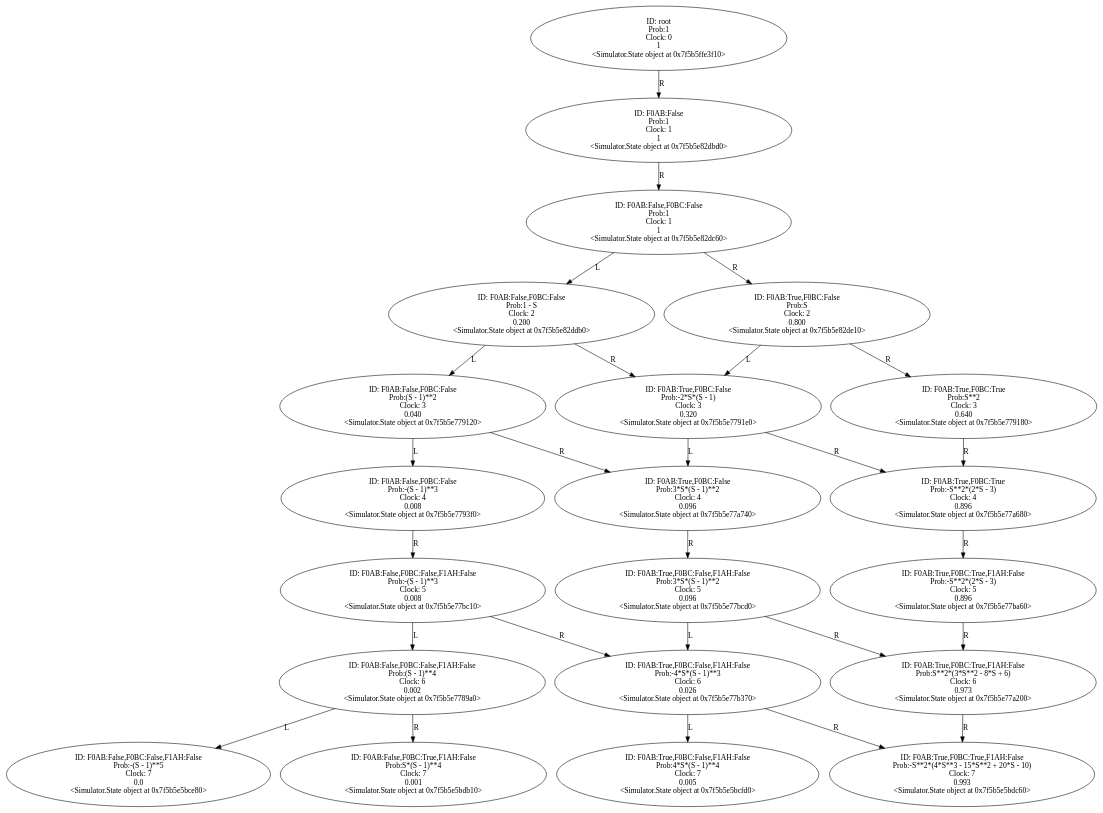
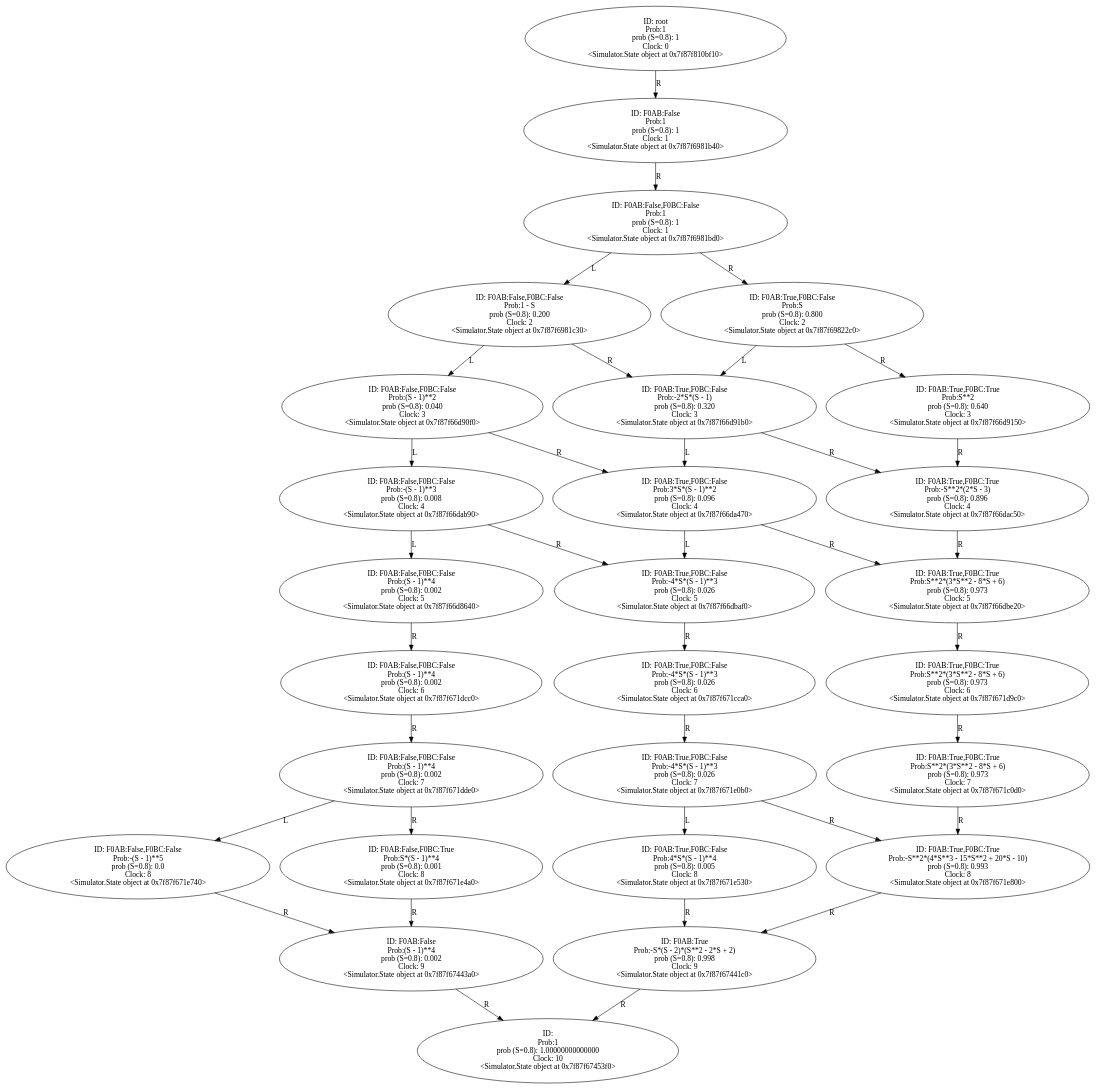
The diagram in Output/Digraph.gv (YasinBoloorchi/WARP-Simulator), drawn with Graphviz before and after one commit. The commit also changed 4 other files, not shown here.

```diff
--- a/Output/Digraph.gv
+++ b/Output/Digraph.gv
@@ -1,133 +1,172 @@
 digraph "./Output/Digraph" {
-	<Simulator.State object at 0x7f5b5ffe3f10> [label="ID: root
+	<Simulator.State object at 0x7f87f810bf10> [label="ID: root
 Prob:1
+prob (S=0.8): 1
 Clock: 0
-1
-<Simulator.State object at 0x7f5b5ffe3f10>"]
-	<Simulator.State object at 0x7f5b5ffe3f10> -> <Simulator.State object at 0x7f5b5e82dbd0> [label=R]
-	<Simulator.State object at 0x7f5b5e82dbd0> [label="ID: F0AB:False
+<Simulator.State object at 0x7f87f810bf10>"]
+	<Simulator.State object at 0x7f87f810bf10> -> <Simulator.State object at 0x7f87f6981b40> [label=R]
+	<Simulator.State object at 0x7f87f6981b40> [label="ID: F0AB:False
 Prob:1
+prob (S=0.8): 1
 Clock: 1
-1
-<Simulator.State object at 0x7f5b5e82dbd0>"]
-	<Simulator.State object at 0x7f5b5e82dbd0> -> <Simulator.State object at 0x7f5b5e82dc60> [label=R]
-	<Simulator.State object at 0x7f5b5e82dc60> [label="ID: F0AB:False,F0BC:False
+<Simulator.State object at 0x7f87f6981b40>"]
+	<Simulator.State object at 0x7f87f6981b40> -> <Simulator.State object at 0x7f87f6981bd0> [label=R]
+	<Simulator.State object at 0x7f87f6981bd0> [label="ID: F0AB:False,F0BC:False
 Prob:1
+prob (S=0.8): 1
 Clock: 1
-1
-<Simulator.State object at 0x7f5b5e82dc60>"]
-	<Simulator.State object at 0x7f5b5e82dc60> -> <Simulator.State object at 0x7f5b5e82ddb0> [label=L]
-	<Simulator.State object at 0x7f5b5e82dc60> -> <Simulator.State object at 0x7f5b5e82de10> [label=R]
-	<Simulator.State object at 0x7f5b5e82ddb0> [label="ID: F0AB:False,F0BC:False
+<Simulator.State object at 0x7f87f6981bd0>"]
+	<Simulator.State object at 0x7f87f6981bd0> -> <Simulator.State object at 0x7f87f6981c30> [label=L]
+	<Simulator.State object at 0x7f87f6981bd0> -> <Simulator.State object at 0x7f87f69822c0> [label=R]
+	<Simulator.State object at 0x7f87f6981c30> [label="ID: F0AB:False,F0BC:False
 Prob:1 - S
+prob (S=0.8): 0.200
 Clock: 2
-0.200
-<Simulator.State object at 0x7f5b5e82ddb0>"]
-	<Simulator.State object at 0x7f5b5e82ddb0> -> <Simulator.State object at 0x7f5b5e779120> [label=L]
-	<Simulator.State object at 0x7f5b5e82ddb0> -> <Simulator.State object at 0x7f5b5e7791e0> [label=R]
-	<Simulator.State object at 0x7f5b5e82de10> [label="ID: F0AB:True,F0BC:False
+<Simulator.State object at 0x7f87f6981c30>"]
+	<Simulator.State object at 0x7f87f6981c30> -> <Simulator.State object at 0x7f87f66d90f0> [label=L]
+	<Simulator.State object at 0x7f87f6981c30> -> <Simulator.State object at 0x7f87f66d91b0> [label=R]
+	<Simulator.State object at 0x7f87f69822c0> [label="ID: F0AB:True,F0BC:False
 Prob:S
+prob (S=0.8): 0.800
 Clock: 2
-0.800
-<Simulator.State object at 0x7f5b5e82de10>"]
-	<Simulator.State object at 0x7f5b5e82de10> -> <Simulator.State object at 0x7f5b5e7791e0> [label=L]
-	<Simulator.State object at 0x7f5b5e82de10> -> <Simulator.State object at 0x7f5b5e779180> [label=R]
-	<Simulator.State object at 0x7f5b5e779120> [label="ID: F0AB:False,F0BC:False
+<Simulator.State object at 0x7f87f69822c0>"]
+	<Simulator.State object at 0x7f87f69822c0> -> <Simulator.State object at 0x7f87f66d91b0> [label=L]
+	<Simulator.State object at 0x7f87f69822c0> -> <Simulator.State object at 0x7f87f66d9150> [label=R]
+	<Simulator.State object at 0x7f87f66d90f0> [label="ID: F0AB:False,F0BC:False
 Prob:(S - 1)**2
+prob (S=0.8): 0.040
 Clock: 3
-0.040
-<Simulator.State object at 0x7f5b5e779120>"]
-	<Simulator.State object at 0x7f5b5e779120> -> <Simulator.State object at 0x7f5b5e7793f0> [label=L]
-	<Simulator.State object at 0x7f5b5e779120> -> <Simulator.State object at 0x7f5b5e77a740> [label=R]
-	<Simulator.State object at 0x7f5b5e7791e0> [label="ID: F0AB:True,F0BC:False
+<Simulator.State object at 0x7f87f66d90f0>"]
+	<Simulator.State object at 0x7f87f66d90f0> -> <Simulator.State object at 0x7f87f66dab90> [label=L]
+	<Simulator.State object at 0x7f87f66d90f0> -> <Simulator.State object at 0x7f87f66da470> [label=R]
+	<Simulator.State object at 0x7f87f66d91b0> [label="ID: F0AB:True,F0BC:False
 Prob:-2*S*(S - 1)
+prob (S=0.8): 0.320
 Clock: 3
-0.320
-<Simulator.State object at 0x7f5b5e7791e0>"]
-	<Simulator.State object at 0x7f5b5e7791e0> -> <Simulator.State object at 0x7f5b5e77a740> [label=L]
-	<Simulator.State object at 0x7f5b5e7791e0> -> <Simulator.State object at 0x7f5b5e77a680> [label=R]
-	<Simulator.State object at 0x7f5b5e779180> [label="ID: F0AB:True,F0BC:True
+<Simulator.State object at 0x7f87f66d91b0>"]
+	<Simulator.State object at 0x7f87f66d91b0> -> <Simulator.State object at 0x7f87f66da470> [label=L]
+	<Simulator.State object at 0x7f87f66d91b0> -> <Simulator.State object at 0x7f87f66dac50> [label=R]
+	<Simulator.State object at 0x7f87f66d9150> [label="ID: F0AB:True,F0BC:True
 Prob:S**2
+prob (S=0.8): 0.640
 Clock: 3
-0.640
-<Simulator.State object at 0x7f5b5e779180>"]
-	<Simulator.State object at 0x7f5b5e779180> -> <Simulator.State object at 0x7f5b5e77a680> [label=R]
-	<Simulator.State object at 0x7f5b5e7793f0> [label="ID: F0AB:False,F0BC:False
+<Simulator.State object at 0x7f87f66d9150>"]
+	<Simulator.State object at 0x7f87f66d9150> -> <Simulator.State object at 0x7f87f66dac50> [label=R]
+	<Simulator.State object at 0x7f87f66dab90> [label="ID: F0AB:False,F0BC:False
 Prob:-(S - 1)**3
+prob (S=0.8): 0.008
 Clock: 4
-0.008
-<Simulator.State object at 0x7f5b5e7793f0>"]
-	<Simulator.State object at 0x7f5b5e7793f0> -> <Simulator.State object at 0x7f5b5e77bc10> [label=R]
-	<Simulator.State object at 0x7f5b5e77a740> [label="ID: F0AB:True,F0BC:False
+<Simulator.State object at 0x7f87f66dab90>"]
+	<Simulator.State object at 0x7f87f66dab90> -> <Simulator.State object at 0x7f87f66d8640> [label=L]
+	<Simulator.State object at 0x7f87f66dab90> -> <Simulator.State object at 0x7f87f66dbaf0> [label=R]
+	<Simulator.State object at 0x7f87f66da470> [label="ID: F0AB:True,F0BC:False
 Prob:3*S*(S - 1)**2
+prob (S=0.8): 0.096
 Clock: 4
-0.096
-<Simulator.State object at 0x7f5b5e77a740>"]
-	<Simulator.State object at 0x7f5b5e77a740> -> <Simulator.State object at 0x7f5b5e77bcd0> [label=R]
-	<Simulator.State object at 0x7f5b5e77a680> [label="ID: F0AB:True,F0BC:True
+<Simulator.State object at 0x7f87f66da470>"]
+	<Simulator.State object at 0x7f87f66da470> -> <Simulator.State object at 0x7f87f66dbaf0> [label=L]
+	<Simulator.State object at 0x7f87f66da470> -> <Simulator.State object at 0x7f87f66dbe20> [label=R]
+	<Simulator.State object at 0x7f87f66dac50> [label="ID: F0AB:True,F0BC:True
 Prob:-S**2*(2*S - 3)
+prob (S=0.8): 0.896
 Clock: 4
-0.896
-<Simulator.State object at 0x7f5b5e77a680>"]
-	<Simulator.State object at 0x7f5b5e77a680> -> <Simulator.State object at 0x7f5b5e77ba60> [label=R]
-	<Simulator.State object at 0x7f5b5e77bc10> [label="ID: F0AB:False,F0BC:False,F1AH:False
-Prob:-(S - 1)**3
+<Simulator.State object at 0x7f87f66dac50>"]
+	<Simulator.State object at 0x7f87f66dac50> -> <Simulator.State object at 0x7f87f66dbe20> [label=R]
+	<Simulator.State object at 0x7f87f66d8640> [label="ID: F0AB:False,F0BC:False
+Prob:(S - 1)**4
+prob (S=0.8): 0.002
 Clock: 5
-0.008
-<Simulator.State object at 0x7f5b5e77bc10>"]
-	<Simulator.State object at 0x7f5b5e77bc10> -> <Simulator.State object at 0x7f5b5e7789a0> [label=L]
-	<Simulator.State object at 0x7f5b5e77bc10> -> <Simulator.State object at 0x7f5b5e77b370> [label=R]
-	<Simulator.State object at 0x7f5b5e77bcd0> [label="ID: F0AB:True,F0BC:False,F1AH:False
-Prob:3*S*(S - 1)**2
+<Simulator.State object at 0x7f87f66d8640>"]
+	<Simulator.State object at 0x7f87f66d8640> -> <Simulator.State object at 0x7f87f671dcc0> [label=R]
+	<Simulator.State object at 0x7f87f66dbaf0> [label="ID: F0AB:True,F0BC:False
+Prob:-4*S*(S - 1)**3
+prob (S=0.8): 0.026
 Clock: 5
-0.096
-<Simulator.State object at 0x7f5b5e77bcd0>"]
-	<Simulator.State object at 0x7f5b5e77bcd0> -> <Simulator.State object at 0x7f5b5e77b370> [label=L]
-	<Simulator.State object at 0x7f5b5e77bcd0> -> <Simulator.State object at 0x7f5b5e77a200> [label=R]
-	<Simulator.State object at 0x7f5b5e77ba60> [label="ID: F0AB:True,F0BC:True,F1AH:False
-Prob:-S**2*(2*S - 3)
+<Simulator.State object at 0x7f87f66dbaf0>"]
+	<Simulator.State object at 0x7f87f66dbaf0> -> <Simulator.State object at 0x7f87f671cca0> [label=R]
+	<Simulator.State object at 0x7f87f66dbe20> [label="ID: F0AB:True,F0BC:True
+Prob:S**2*(3*S**2 - 8*S + 6)
+prob (S=0.8): 0.973
 Clock: 5
-0.896
-<Simulator.State object at 0x7f5b5e77ba60>"]
-	<Simulator.State object at 0x7f5b5e77ba60> -> <Simulator.State object at 0x7f5b5e77a200> [label=R]
-	<Simulator.State object at 0x7f5b5e7789a0> [label="ID: F0AB:False,F0BC:False,F1AH:False
+<Simulator.State object at 0x7f87f66dbe20>"]
+	<Simulator.State object at 0x7f87f66dbe20> -> <Simulator.State object at 0x7f87f671d9c0> [label=R]
+	<Simulator.State object at 0x7f87f671dcc0> [label="ID: F0AB:False,F0BC:False
 Prob:(S - 1)**4
+prob (S=0.8): 0.002
 Clock: 6
-0.002
-<Simulator.State object at 0x7f5b5e7789a0>"]
-	<Simulator.State object at 0x7f5b5e7789a0> -> <Simulator.State object at 0x7f5b5e5bce80> [label=L]
-	<Simulator.State object at 0x7f5b5e7789a0> -> <Simulator.State object at 0x7f5b5e5bdb10> [label=R]
-	<Simulator.State object at 0x7f5b5e77b370> [label="ID: F0AB:True,F0BC:False,F1AH:False
+<Simulator.State object at 0x7f87f671dcc0>"]
+	<Simulator.State object at 0x7f87f671dcc0> -> <Simulator.State object at 0x7f87f671dde0> [label=R]
+	<Simulator.State object at 0x7f87f671cca0> [label="ID: F0AB:True,F0BC:False
 Prob:-4*S*(S - 1)**3
+prob (S=0.8): 0.026
 Clock: 6
-0.026
-<Simulator.State object at 0x7f5b5e77b370>"]
-	<Simulator.State object at 0x7f5b5e77b370> -> <Simulator.State object at 0x7f5b5e5bcfd0> [label=L]
-	<Simulator.State object at 0x7f5b5e77b370> -> <Simulator.State object at 0x7f5b5e5bdc60> [label=R]
-	<Simulator.State object at 0x7f5b5e77a200> [label="ID: F0AB:True,F0BC:True,F1AH:False
+<Simulator.State object at 0x7f87f671cca0>"]
+	<Simulator.State object at 0x7f87f671cca0> -> <Simulator.State object at 0x7f87f671e0b0> [label=R]
+	<Simulator.State object at 0x7f87f671d9c0> [label="ID: F0AB:True,F0BC:True
 Prob:S**2*(3*S**2 - 8*S + 6)
+prob (S=0.8): 0.973
 Clock: 6
-0.973
-<Simulator.State object at 0x7f5b5e77a200>"]
-	<Simulator.State object at 0x7f5b5e77a200> -> <Simulator.State object at 0x7f5b5e5bdc60> [label=R]
-	<Simulator.State object at 0x7f5b5e5bce80> [label="ID: F0AB:False,F0BC:False,F1AH:False
+<Simulator.State object at 0x7f87f671d9c0>"]
+	<Simulator.State object at 0x7f87f671d9c0> -> <Simulator.State object at 0x7f87f671c0d0> [label=R]
+	<Simulator.State object at 0x7f87f671dde0> [label="ID: F0AB:False,F0BC:False
+Prob:(S - 1)**4
+prob (S=0.8): 0.002
+Clock: 7
+<Simulator.State object at 0x7f87f671dde0>"]
+	<Simulator.State object at 0x7f87f671dde0> -> <Simulator.State object at 0x7f87f671e740> [label=L]
+	<Simulator.State object at 0x7f87f671dde0> -> <Simulator.State object at 0x7f87f671e4a0> [label=R]
+	<Simulator.State object at 0x7f87f671e0b0> [label="ID: F0AB:True,F0BC:False
+Prob:-4*S*(S - 1)**3
+prob (S=0.8): 0.026
+Clock: 7
+<Simulator.State object at 0x7f87f671e0b0>"]
+	<Simulator.State object at 0x7f87f671e0b0> -> <Simulator.State object at 0x7f87f671e530> [label=L]
+	<Simulator.State object at 0x7f87f671e0b0> -> <Simulator.State object at 0x7f87f671e800> [label=R]
+	<Simulator.State object at 0x7f87f671c0d0> [label="ID: F0AB:True,F0BC:True
+Prob:S**2*(3*S**2 - 8*S + 6)
+prob (S=0.8): 0.973
+Clock: 7
+<Simulator.State object at 0x7f87f671c0d0>"]
+	<Simulator.State object at 0x7f87f671c0d0> -> <Simulator.State object at 0x7f87f671e800> [label=R]
+	<Simulator.State object at 0x7f87f671e740> [label="ID: F0AB:False,F0BC:False
 Prob:-(S - 1)**5
-Clock: 7
-0.0
-<Simulator.State object at 0x7f5b5e5bce80>"]
-	<Simulator.State object at 0x7f5b5e5bdb10> [label="ID: F0AB:False,F0BC:True,F1AH:False
+prob (S=0.8): 0.0
+Clock: 8
+<Simulator.State object at 0x7f87f671e740>"]
+	<Simulator.State object at 0x7f87f671e740> -> <Simulator.State object at 0x7f87f67443a0> [label=R]
+	<Simulator.State object at 0x7f87f671e4a0> [label="ID: F0AB:False,F0BC:True
 Prob:S*(S - 1)**4
-Clock: 7
-0.001
-<Simulator.State object at 0x7f5b5e5bdb10>"]
-	<Simulator.State object at 0x7f5b5e5bcfd0> [label="ID: F0AB:True,F0BC:False,F1AH:False
+prob (S=0.8): 0.001
+Clock: 8
+<Simulator.State object at 0x7f87f671e4a0>"]
+	<Simulator.State object at 0x7f87f671e4a0> -> <Simulator.State object at 0x7f87f67443a0> [label=R]
+	<Simulator.State object at 0x7f87f671e530> [label="ID: F0AB:True,F0BC:False
 Prob:4*S*(S - 1)**4
-Clock: 7
-0.005
-<Simulator.State object at 0x7f5b5e5bcfd0>"]
-	<Simulator.State object at 0x7f5b5e5bdc60> [label="ID: F0AB:True,F0BC:True,F1AH:False
+prob (S=0.8): 0.005
+Clock: 8
+<Simulator.State object at 0x7f87f671e530>"]
+	<Simulator.State object at 0x7f87f671e530> -> <Simulator.State object at 0x7f87f67441c0> [label=R]
+	<Simulator.State object at 0x7f87f671e800> [label="ID: F0AB:True,F0BC:True
 Prob:-S**2*(4*S**3 - 15*S**2 + 20*S - 10)
-Clock: 7
-0.993
-<Simulator.State object at 0x7f5b5e5bdc60>"]
+prob (S=0.8): 0.993
+Clock: 8
+<Simulator.State object at 0x7f87f671e800>"]
+	<Simulator.State object at 0x7f87f671e800> -> <Simulator.State object at 0x7f87f67441c0> [label=R]
+	<Simulator.State object at 0x7f87f67443a0> [label="ID: F0AB:False
+Prob:(S - 1)**4
+prob (S=0.8): 0.002
+Clock: 9
+<Simulator.State object at 0x7f87f67443a0>"]
+	<Simulator.State object at 0x7f87f67443a0> -> <Simulator.State object at 0x7f87f67453f0> [label=R]
+	<Simulator.State object at 0x7f87f67441c0> [label="ID: F0AB:True
+Prob:-S*(S - 2)*(S**2 - 2*S + 2)
+prob (S=0.8): 0.998
+Clock: 9
+<Simulator.State object at 0x7f87f67441c0>"]
+	<Simulator.State object at 0x7f87f67441c0> -> <Simulator.State object at 0x7f87f67453f0> [label=R]
+	<Simulator.State object at 0x7f87f67453f0> [label="ID: 
+Prob:1
+prob (S=0.8): 1.00000000000000
+Clock: 10
+<Simulator.State object at 0x7f87f67453f0>"]
 }
```
